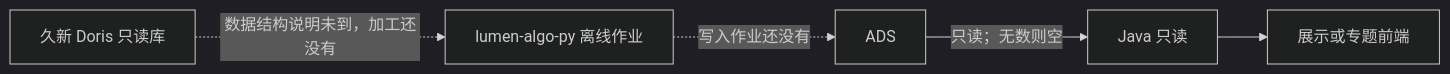
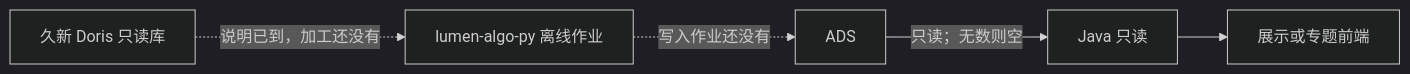
The second of 2 diagrams in agent-delivery/工程过程/04-系统集成/02-对接三要素/技术方案.md (Marisolebxf/-), drawn with Mermaid (dark theme) before and after one commit. The commit also changed other lines of this file and 15 other files, not shown here.

````diff
--- a/agent-delivery/工程过程/04-系统集成/02-对接三要素/技术方案.md
+++ b/agent-delivery/工程过程/04-系统集成/02-对接三要素/技术方案.md
@@ -70,12 +202,12 @@
 ```mermaid
 flowchart LR
   JX["久新 Doris 只读库"]
   PY["lumen-algo-py 离线作业"]
   ADS["ADS"]
   J["Java 只读"]
   FE["展示或专题前端"]
-  JX -.->|"数据结构说明未到，加工还没有"| PY
+  JX -.->|"说明已到，加工还没有"| PY
   PY -.->|"写入作业还没有"| ADS
   ADS -->|"只读；无数则空"| J
   J --> FE
 ```
````
